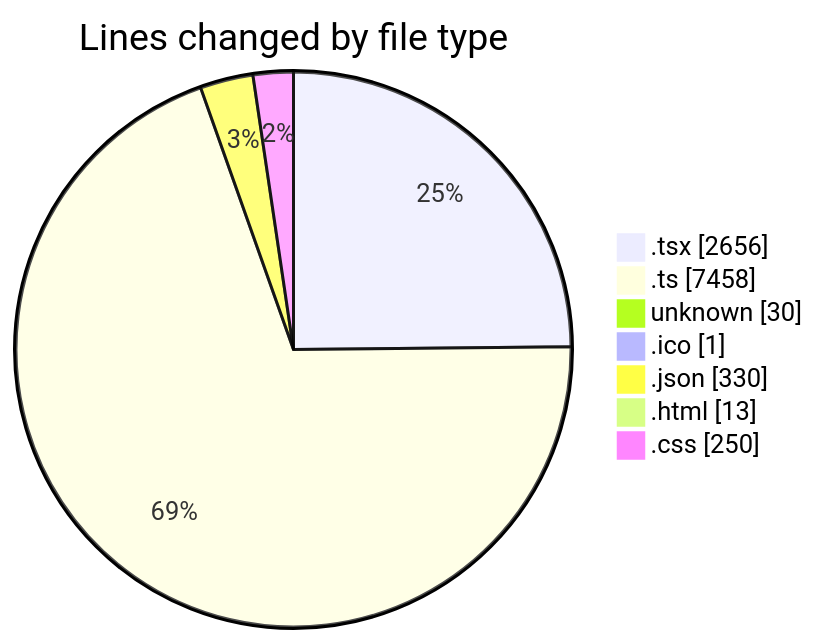
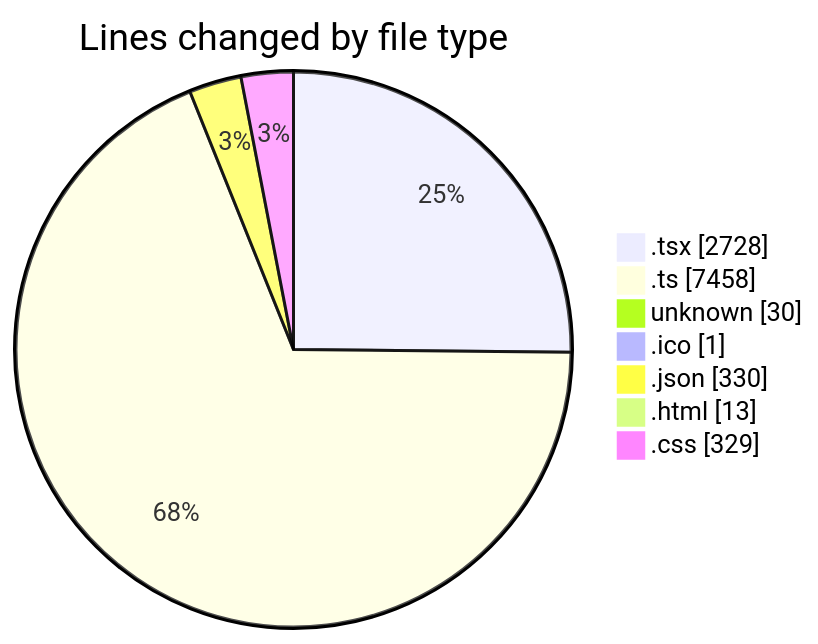
One commit to JenPaints/code-tracking changed the first of 2 diagrams in 2025-06-20/modeljsondesigner/README.md. Above: the diagram before and after it, drawn with Mermaid. The commit also changed other lines of this file and 1 other file, not shown here.

````diff
--- a/2025-06-20/modeljsondesigner/README.md
+++ b/2025-06-20/modeljsondesigner/README.md
@@ -35,11 +35,11 @@
 ```mermaid
 pie showData
 title Lines changed by file type
-".tsx" : 2656
+".tsx" : 2728
 ".ts" : 7458
 "unknown" : 30
 ".ico" : 1
 ".json" : 330
 ".html" : 13
-".css" : 250
+".css" : 329
 ```
````
